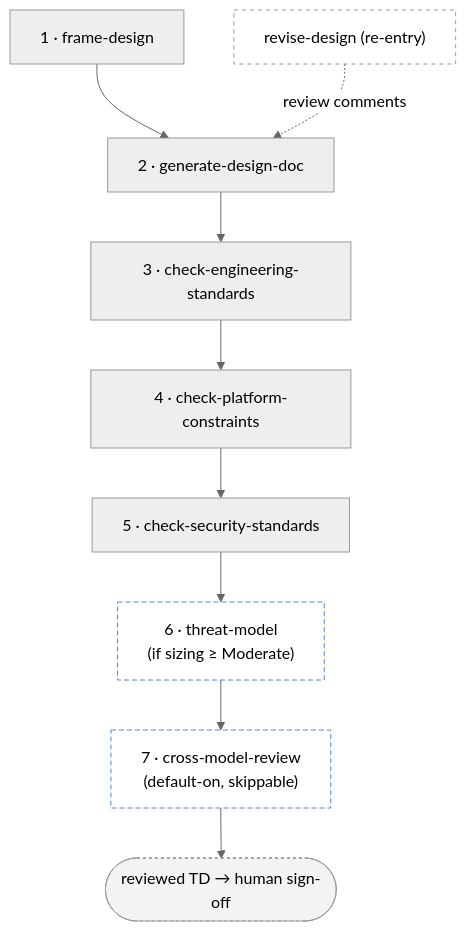
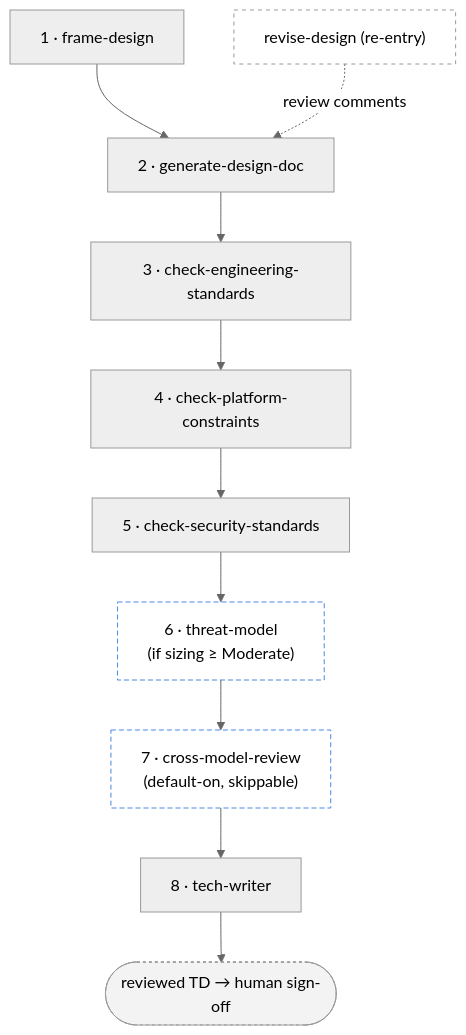
Before and after one commit to govuk-one-login/gds-ai-superpowers: the second of 5 diagrams in docs/flows.md, drawn with Mermaid (neutral theme). The commit also changed other lines of this file and 6 other files, not shown here.

Commit message:
add atomic tech-writer skill and use this at the end of tech-design and prepare-stories

````diff
--- a/docs/flows.md
+++ b/docs/flows.md
@@ -56,14 +56,15 @@
 ```mermaid
 flowchart TD
   f["1 · frame-design"] --> g["2 · generate-design-doc"]
   g --> ce["3 · check-engineering-standards"]
   ce --> cpc["4 · check-platform-constraints"]
   cpc --> cs["5 · check-security-standards"]
   cs --> tm["6 · threat-model<br/>(if sizing ≥ Moderate)"]:::cond
   tm --> xr["7 · cross-model-review<br/>(default-on, skippable)"]:::cond
-  xr --> out([reviewed TD → human sign-off]):::io
+  xr --> tw["8 · tech-writer"]
+  tw --> out([reviewed TD → human sign-off]):::io
   rd["revise-design (re-entry)"]:::re -. review comments .-> g
   classDef io fill:#f3f3f3,stroke:#999,stroke-dasharray:3 3;
   classDef re fill:#fff,stroke:#999,stroke-dasharray:4 4;
   classDef cond fill:#fff,stroke:#4a86e8,stroke-dasharray:5 3;
 ```
````
